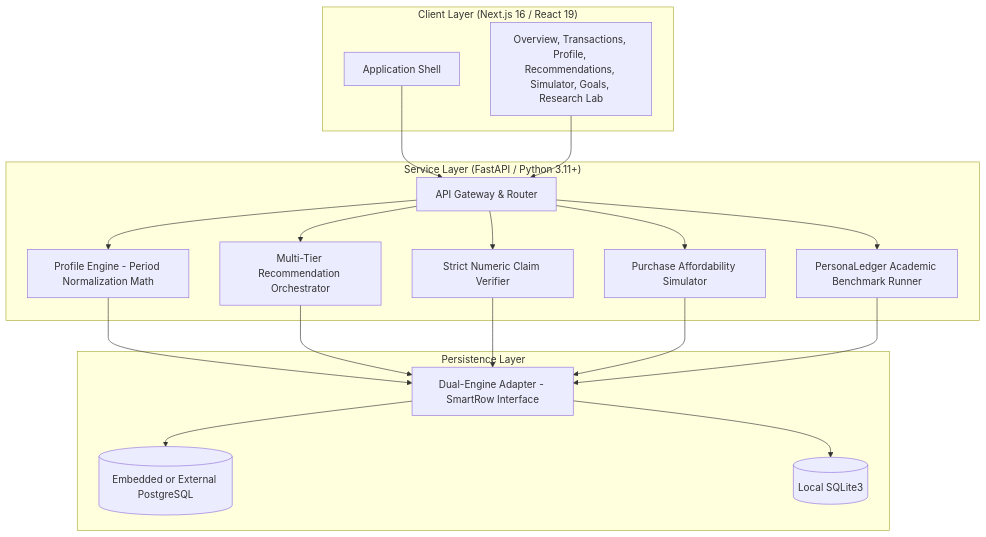
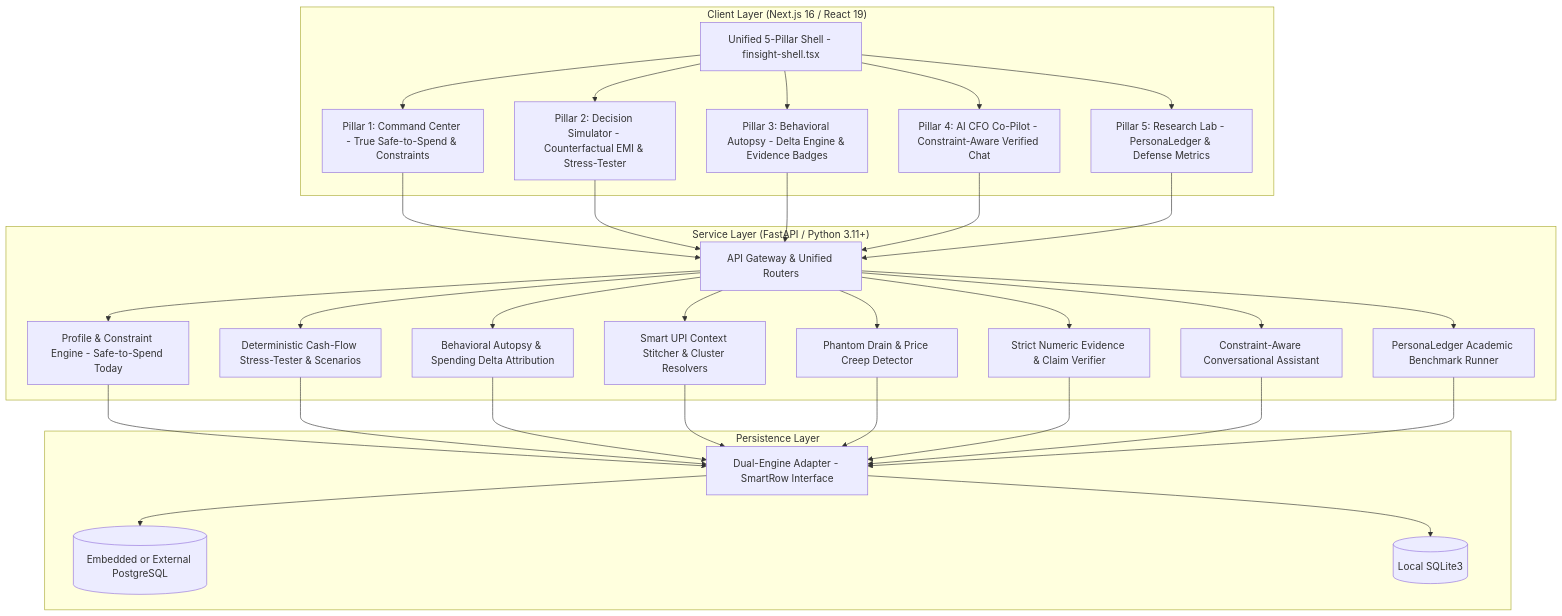
The diagram in README.md (sriram36/FinSight), drawn with Mermaid before and after one commit. The commit also changed other lines of this file and 33 other files, not shown here.

Commit message:
feat: transform to 4-pillar defense co-pilot and preserve research lab

````diff
--- a/README.md
+++ b/README.md
@@ -49,40 +50,53 @@
 ```mermaid
 graph TD
     subgraph ClientLayer ["Client Layer (Next.js 16 / React 19)"]
-        UI_Shell[Application Shell]
-        UI_Views[Overview, Transactions, Profile, Recommendations, Simulator, Goals, Research Lab]
+        UI_Shell[Unified 5-Pillar Shell - finsight-shell.tsx]
+        P1[Pillar 1: Command Center - True Safe-to-Spend & Constraints]
+        P2[Pillar 2: Decision Simulator - Counterfactual EMI & Stress-Tester]
+        P3[Pillar 3: Behavioral Autopsy - Delta Engine & Evidence Badges]
+        P4[Pillar 4: AI CFO Co-Pilot - Constraint-Aware Verified Chat]
+        P5[Pillar 5: Research Lab - PersonaLedger & Defense Metrics]
     end
 
     subgraph ServiceLayer ["Service Layer (FastAPI / Python 3.11+)"]
-        Gateway[API Gateway & Router]
-        Svc_Profile[Profile Engine - Period Normalization Math]
-        Svc_Recs[Multi-Tier Recommendation Orchestrator]
-        Svc_Verifier[Strict Numeric Claim Verifier]
-        Svc_Simulator[Purchase Affordability Simulator]
+        Gateway[API Gateway & Unified Routers]
+        Svc_Profile[Profile & Constraint Engine - Safe-to-Spend Today]
+        Svc_Simulator[Deterministic Cash-Flow Stress-Tester & Scenarios]
+        Svc_Review[Behavioral Autopsy & Spending Delta Attribution]
+        Svc_Import[Smart UPI Context Stitcher & Cluster Resolvers]
+        Svc_Recurring[Phantom Drain & Price Creep Detector]
+        Svc_Verifier[Strict Numeric Evidence & Claim Verifier]
+        Svc_Chat[Constraint-Aware Conversational Assistant]
         Svc_Lab[PersonaLedger Academic Benchmark Runner]
     end
 
     subgraph StorageLayer ["Persistence Layer"]
         Driver[Dual-Engine Adapter - SmartRow Interface]
         DB_Postgres[(Embedded or External PostgreSQL)]
         DB_SQLite[(Local SQLite3)]
     end
 
-    UI_Shell --> Gateway
-    UI_Views --> Gateway
+    UI_Shell --> P1 & P2 & P3 & P4 & P5
+    P1 & P2 & P3 & P4 & P5 --> Gateway
 
     Gateway --> Svc_Profile
-    Gateway --> Svc_Recs
+    Gateway --> Svc_Simulator
+    Gateway --> Svc_Review
+    Gateway --> Svc_Import
+    Gateway --> Svc_Recurring
     Gateway --> Svc_Verifier
-    Gateway --> Svc_Simulator
+    Gateway --> Svc_Chat
     Gateway --> Svc_Lab
 
     Svc_Profile --> Driver
-    Svc_Recs --> Driver
+    Svc_Simulator --> Driver
+    Svc_Review --> Driver
+    Svc_Import --> Driver
+    Svc_Recurring --> Driver
     Svc_Verifier --> Driver
-    Svc_Simulator --> Driver
+    Svc_Chat --> Driver
     Svc_Lab --> Driver
 
     Driver --> DB_Postgres
     Driver --> DB_SQLite
 ```
````
